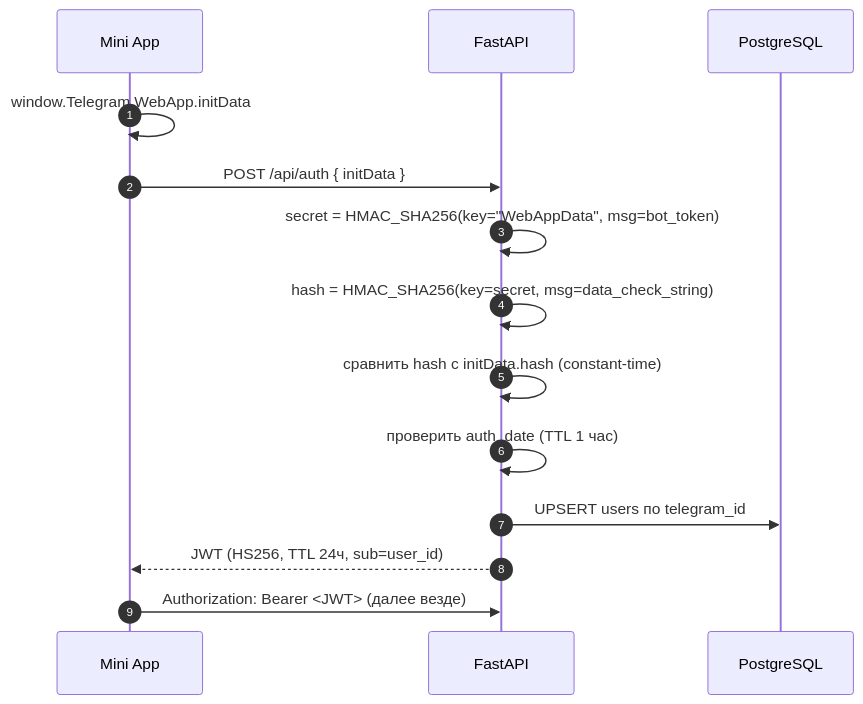
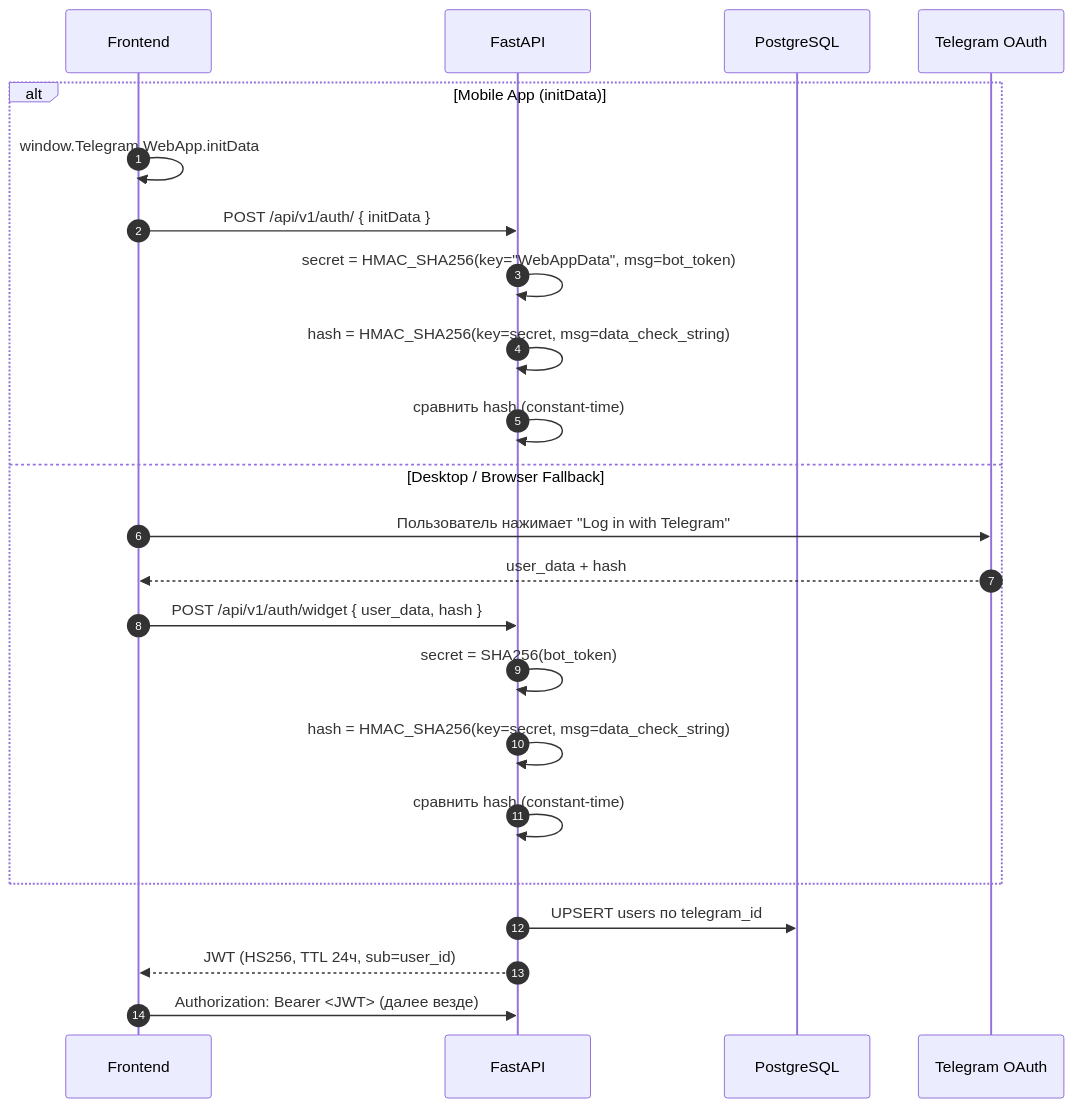
One commit to VladimirTravkin/tg-shop-miniapp changed the second of 5 diagrams in docs/ARCHITECTURE.ru.md. Above: the diagram before and after it, drawn with Mermaid. The commit also changed other lines of this file and 9 other files, not shown here.

Commit message:
fix: sync production fixes, add telegram widget auth, update architecture docs

````diff
--- a/docs/ARCHITECTURE.ru.md
+++ b/docs/ARCHITECTURE.ru.md
@@ -87,17 +85,27 @@
 ```mermaid
 sequenceDiagram
     autonumber
-    participant C as Mini App
+    participant C as Frontend
     participant B as FastAPI
     participant DB as PostgreSQL
+    participant TG as Telegram OAuth
 
-    C->>C: window.Telegram.WebApp.initData
-    C->>B: POST /api/auth { initData }
-    B->>B: secret = HMAC_SHA256(key="WebAppData", msg=bot_token)
-    B->>B: hash = HMAC_SHA256(key=secret, msg=data_check_string)
-    B->>B: сравнить hash с initData.hash (constant-time)
-    B->>B: проверить auth_date (TTL 1 час)
+    alt Mobile App (initData)
+        C->>C: window.Telegram.WebApp.initData
+        C->>B: POST /api/v1/auth/ { initData }
+        B->>B: secret = HMAC_SHA256(key="WebAppData", msg=bot_token)
+        B->>B: hash = HMAC_SHA256(key=secret, msg=data_check_string)
+        B->>B: сравнить hash (constant-time)
+    else Desktop / Browser Fallback
+        C->>TG: Пользователь нажимает "Log in with Telegram"
+        TG-->>C: user_data + hash
+        C->>B: POST /api/v1/auth/widget { user_data, hash }
+        B->>B: secret = SHA256(bot_token)
+        B->>B: hash = HMAC_SHA256(key=secret, msg=data_check_string)
+        B->>B: сравнить hash (constant-time)
+    end
+
     B->>DB: UPSERT users по telegram_id
     B-->>C: JWT (HS256, TTL 24ч, sub=user_id)
     C->>B: Authorization: Bearer <JWT> (далее везде)
 ```
````
